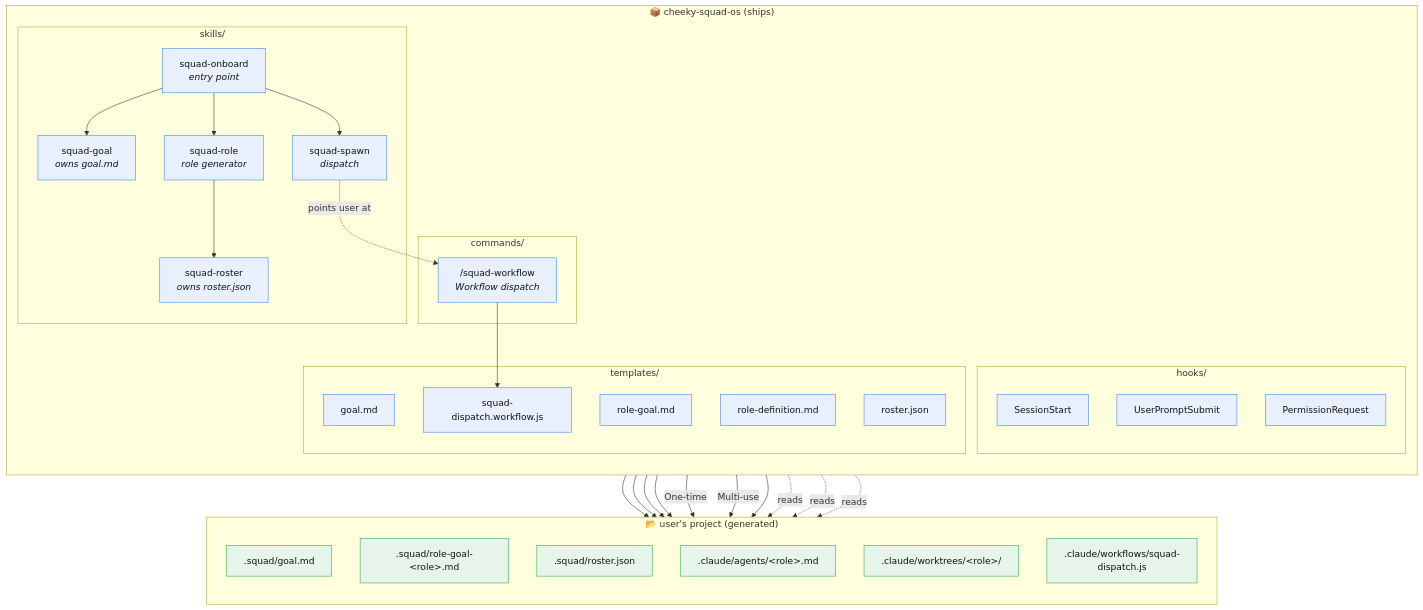
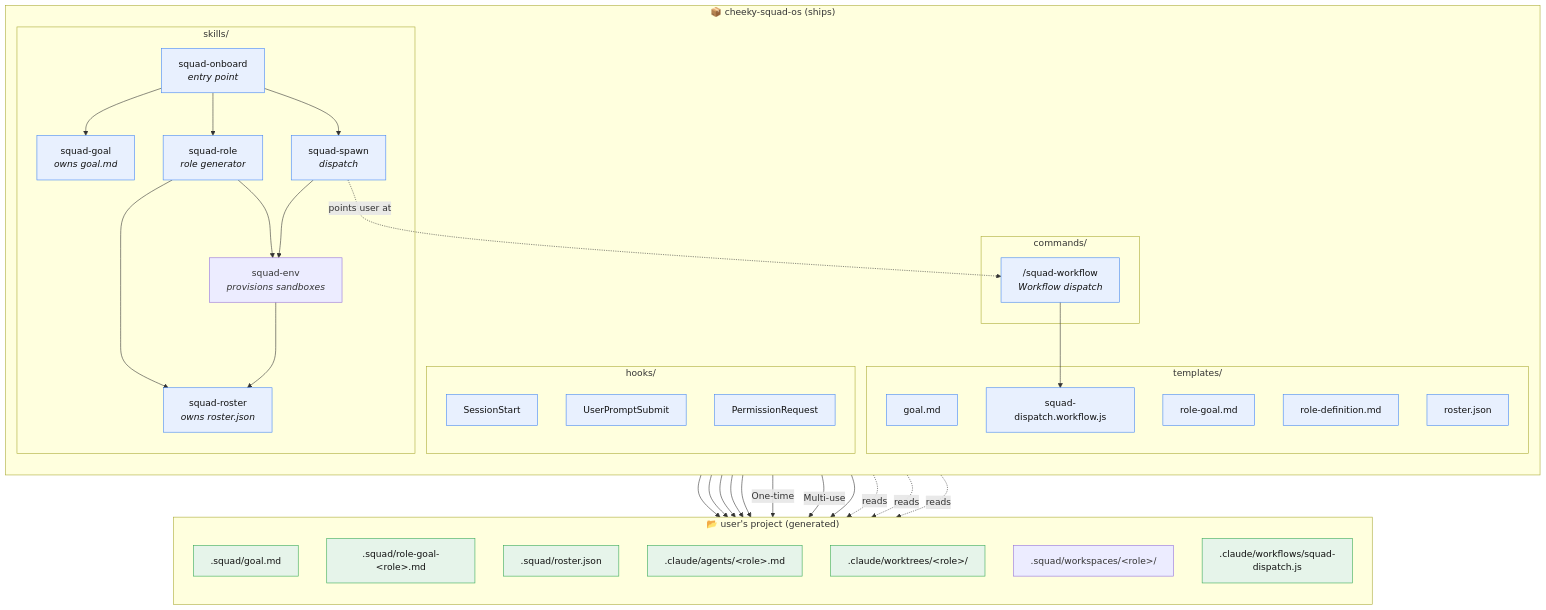
Before and after one commit to cheeky-amit/cheeky-squad-os: the first of 11 diagrams in LOGIC.md, drawn with Mermaid. The commit also changed other lines of this file and 16 other files, not shown here.

````diff
--- a/LOGIC.md
+++ b/LOGIC.md
@@ -19,59 +19,65 @@
 ```mermaid
 flowchart TB
     subgraph PLUGIN["📦 cheeky-squad-os (ships)"]
         direction TB
         subgraph SKILLS["skills/"]
             ONB["squad-onboard<br/><i>entry point</i>"]
             GOAL["squad-goal<br/><i>owns goal.md</i>"]
             ROLE["squad-role<br/><i>role generator</i>"]
+            ENV["squad-env<br/><i>provisions sandboxes</i>"]
             ROST["squad-roster<br/><i>owns roster.json</i>"]
             SPAWN["squad-spawn<br/><i>dispatch</i>"]
         end
         subgraph CMDS["commands/"]
             WF["/squad-workflow<br/><i>Workflow dispatch</i>"]
         end
         subgraph HOOKS["hooks/"]
             H1["SessionStart"]
             H2["UserPromptSubmit"]
             H3["PermissionRequest"]
         end
         subgraph TPL["templates/"]
             T1["goal.md"]
             T2["role-goal.md"]
             T3["role-definition.md"]
             T4["roster.json"]
             T5["squad-dispatch.workflow.js"]
         end
     end
 
     subgraph PROJECT["📂 user's project (generated)"]
         direction TB
         GMD[".squad/goal.md"]
         RGMD[".squad/role-goal-&lt;role&gt;.md"]
         RJSON[".squad/roster.json"]
         AGENTS[".claude/agents/&lt;role&gt;.md"]
         WT[".claude/worktrees/&lt;role&gt;/"]
+        WS[".squad/workspaces/&lt;role&gt;/"]
         WFJS[".claude/workflows/squad-dispatch.js"]
     end
 
     ONB --> GOAL --> GMD
     ONB --> ROLE
     ROLE --> AGENTS
     ROLE --> RGMD
     ROLE --> ROST --> RJSON
+    ROLE --> ENV
+    ENV --> WS
+    ENV --> ROST
     ONB --> SPAWN
+    SPAWN --> ENV
     SPAWN -->|One-time| AGENTS
     SPAWN -->|Multi-use| WT
     SPAWN -.points user at.-> WF
     WF --> WFJS
     WF --> T5
 
     H1 -.reads.-> GMD
     H2 -.reads.-> GMD
     H3 -.reads.-> RJSON
 
     classDef ship fill:#e8f0fe,stroke:#4285f4,color:#111;
     classDef gen fill:#e6f4ea,stroke:#34a853,color:#111;
     class ONB,GOAL,ROLE,ROST,SPAWN,WF,H1,H2,H3,T1,T2,T3,T4,T5 ship;
     class GMD,RGMD,RJSON,AGENTS,WT,WFJS gen;
 ```
````
